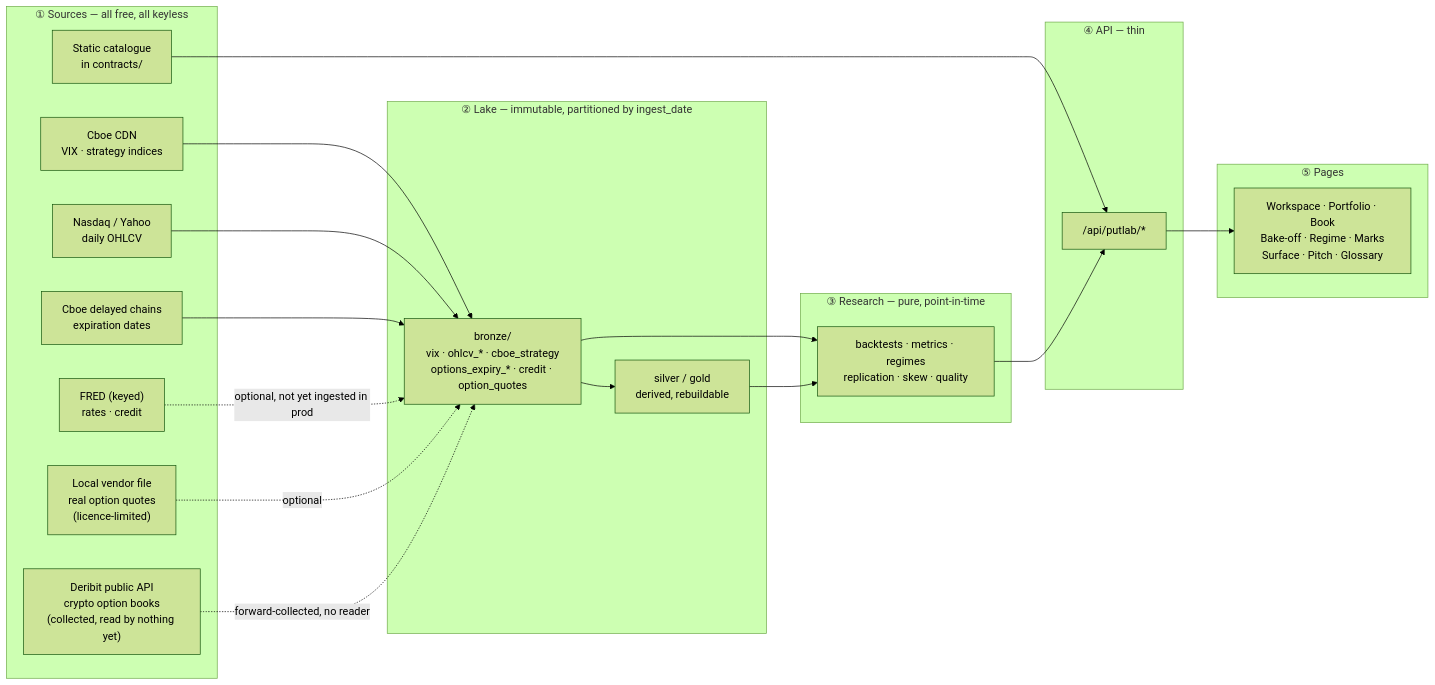
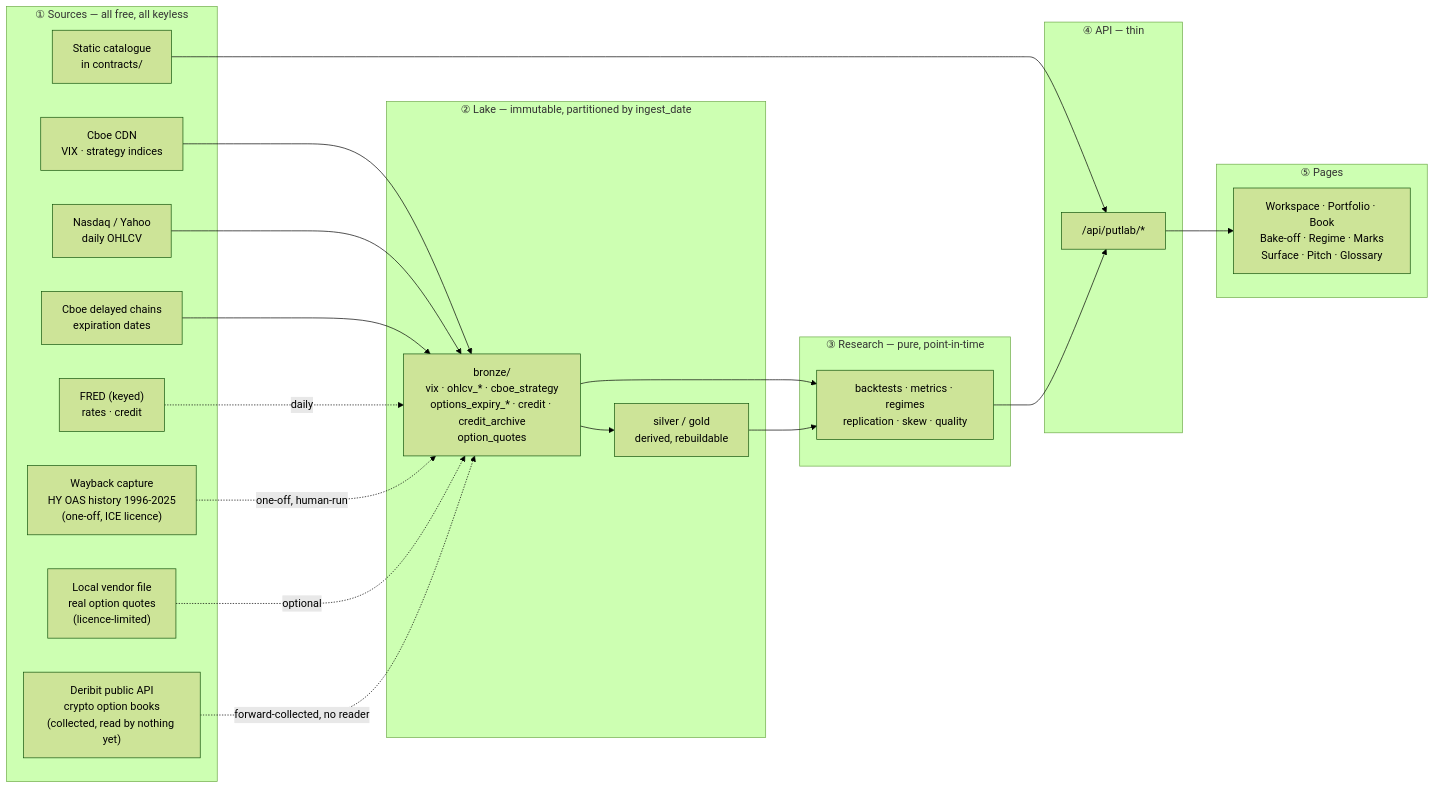
One commit to diomavro/tail-lab changed the first of 2 diagrams in docs/DATA_FLOW.md. Above: the diagram before and after it, drawn with Mermaid (forest theme). The commit also changed other lines of this file and 22 other files, not shown here.

First line of the commit message:
Credit: restore HY OAS history from a pinned archive (ADR 0034) (#184)

````diff
--- a/docs/DATA_FLOW.md
+++ b/docs/DATA_FLOW.md
@@ -25,38 +25,40 @@
 ```mermaid
 flowchart LR
     subgraph S["① Sources — all free, all keyless"]
         CBOE["Cboe CDN<br/>VIX · strategy indices"]
         NDQ["Nasdaq / Yahoo<br/>daily OHLCV"]
         CHAIN["Cboe delayed chains<br/>expiration dates"]
         FRED["FRED (keyed)<br/>rates · credit"]
         LOCAL["Local vendor file<br/>real option quotes<br/>(licence-limited)"]
         STATIC["Static catalogue<br/>in contracts/"]
         DERIBIT["Deribit public API<br/>crypto option books<br/>(collected, read by nothing yet)"]
+        WAYBACK["Wayback capture<br/>HY OAS history 1996-2025<br/>(one-off, ICE licence)"]
     end
     subgraph L["② Lake — immutable, partitioned by ingest_date"]
-        BRONZE["bronze/<br/>vix · ohlcv_* · cboe_strategy<br/>options_expiry_* · credit · option_quotes"]
+        BRONZE["bronze/<br/>vix · ohlcv_* · cboe_strategy<br/>options_expiry_* · credit · credit_archive<br/>option_quotes"]
         SG["silver / gold<br/>derived, rebuildable"]
     end
     subgraph R["③ Research — pure, point-in-time"]
         CALC["backtests · metrics · regimes<br/>replication · skew · quality"]
     end
     subgraph A["④ API — thin"]
         ROUTES["/api/putlab/*"]
     end
     subgraph U["⑤ Pages"]
         PAGES["Workspace · Portfolio · Book<br/>Bake-off · Regime · Marks<br/>Surface · Pitch · Glossary"]
     end
 
     CBOE --> BRONZE
     NDQ --> BRONZE
     CHAIN --> BRONZE
-    FRED -.optional, not yet ingested in prod.-> BRONZE
+    FRED -.daily.-> BRONZE
+    WAYBACK -.one-off, human-run.-> BRONZE
     LOCAL -.optional.-> BRONZE
     DERIBIT -.forward-collected, no reader.-> BRONZE
     STATIC --> ROUTES
     BRONZE --> SG
     BRONZE --> CALC
     SG --> CALC
     CALC --> ROUTES
     ROUTES --> PAGES
 ```
````
